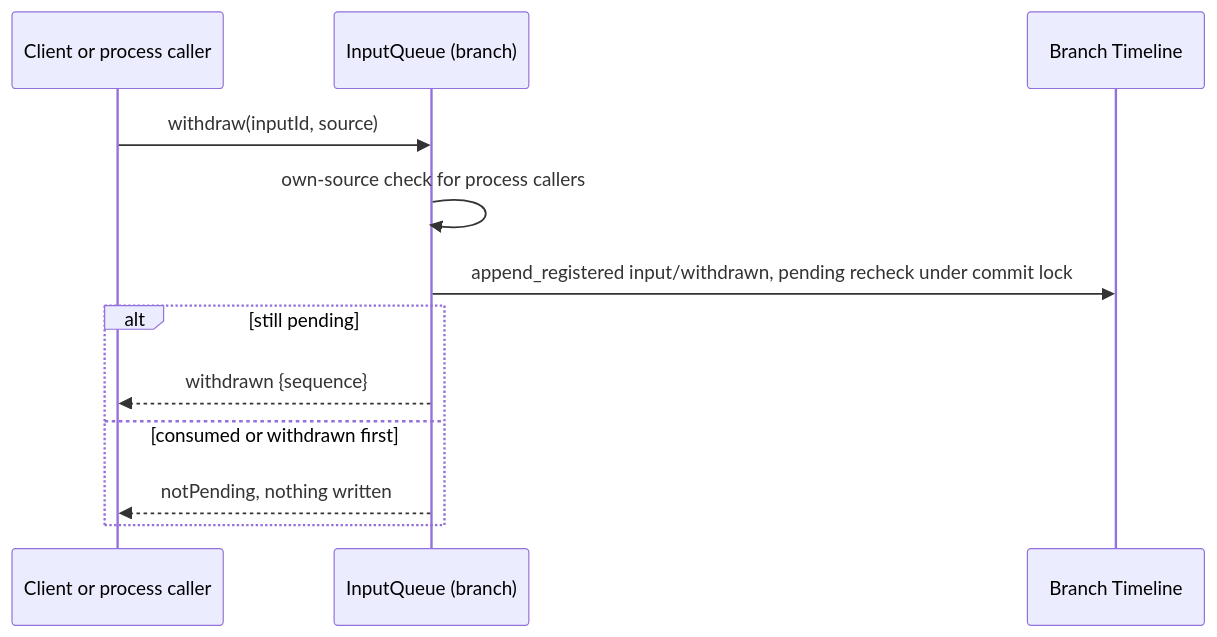
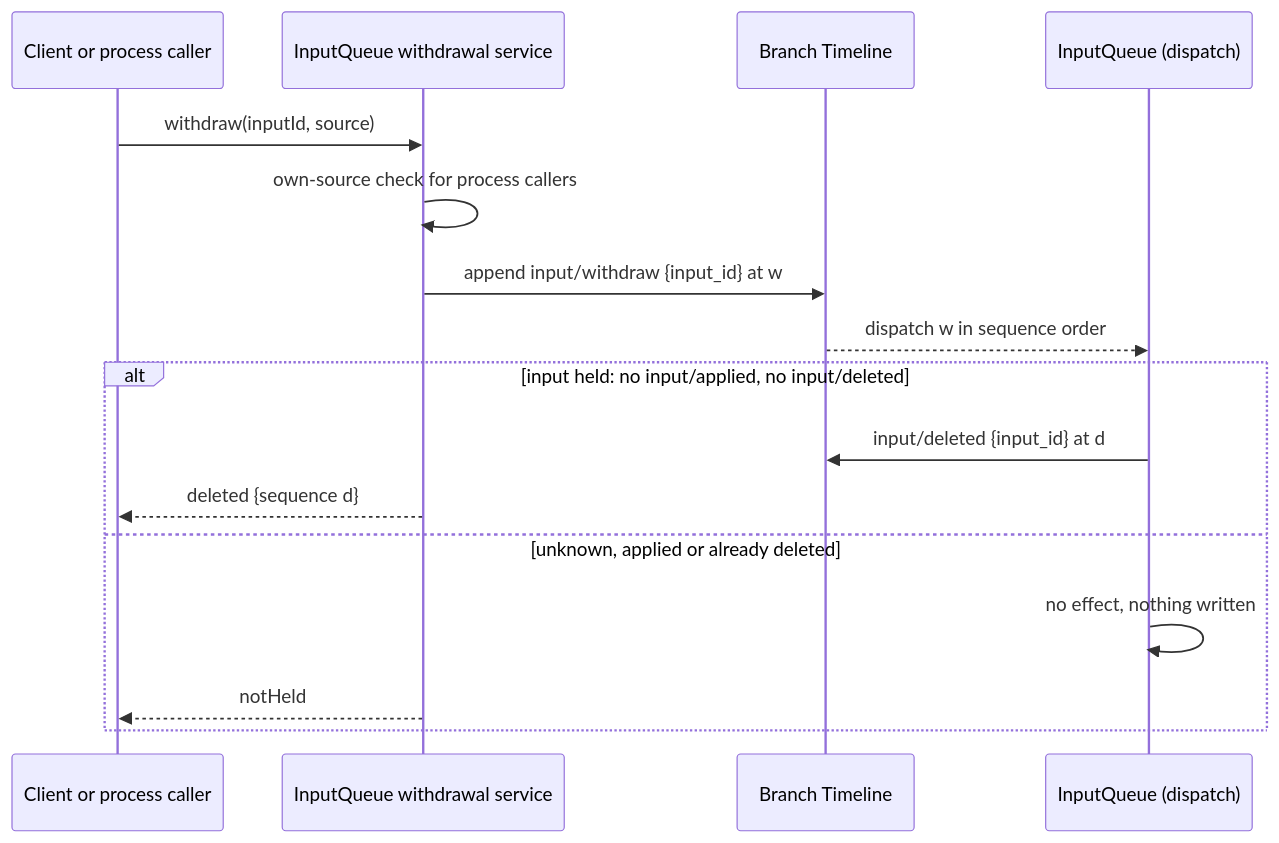
One commit to CoutinhoTTS/dim-agent changed the third of 3 diagrams in docs/design/contracts/session-access.md. Above: the diagram before and after it, drawn with Mermaid. The commit also changed other lines of this file and 18 other files, not shown here.

First line of the commit message:
docs(design): hooks via asynchronous before callbacks and withdraw/delete input events

````diff
--- a/docs/design/contracts/session-access.md
+++ b/docs/design/contracts/session-access.md
@@ -101,14 +101,18 @@
 ```mermaid
 sequenceDiagram
   participant C as Client or process caller
-  participant IQ as InputQueue (branch)
+  participant W as InputQueue withdrawal service
   participant TL as Branch Timeline
-  C->>IQ: withdraw(inputId, source)
-  IQ->>IQ: own-source check for process callers
-  IQ->>TL: append_registered input/withdrawn, pending recheck under commit lock
-  alt still pending
-    IQ-->>C: withdrawn {sequence}
-  else consumed or withdrawn first
-    IQ-->>C: notPending, nothing written
+  participant IQ as InputQueue (dispatch)
+  C->>W: withdraw(inputId, source)
+  W->>W: own-source check for process callers
+  W->>TL: append input/withdraw {input_id} at w
+  TL-->>IQ: dispatch w in sequence order
+  alt input held: no input/applied, no input/deleted
+    IQ->>TL: input/deleted {input_id} at d
+    W-->>C: deleted {sequence d}
+  else unknown, applied or already deleted
+    IQ->>IQ: no effect, nothing written
+    W-->>C: notHeld
   end
 ```
````
